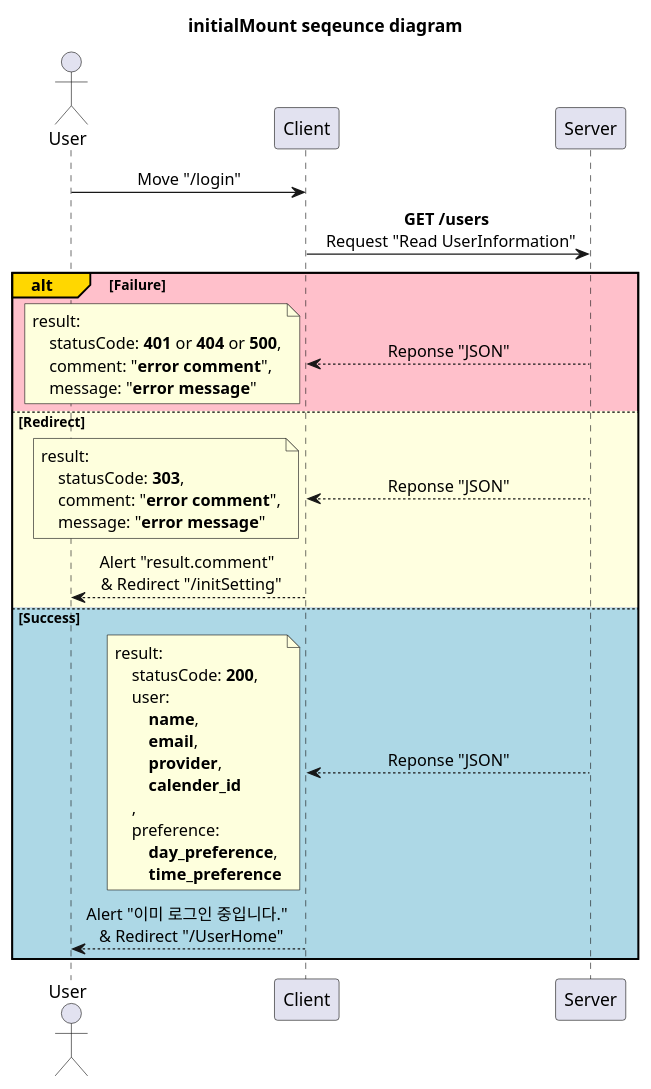
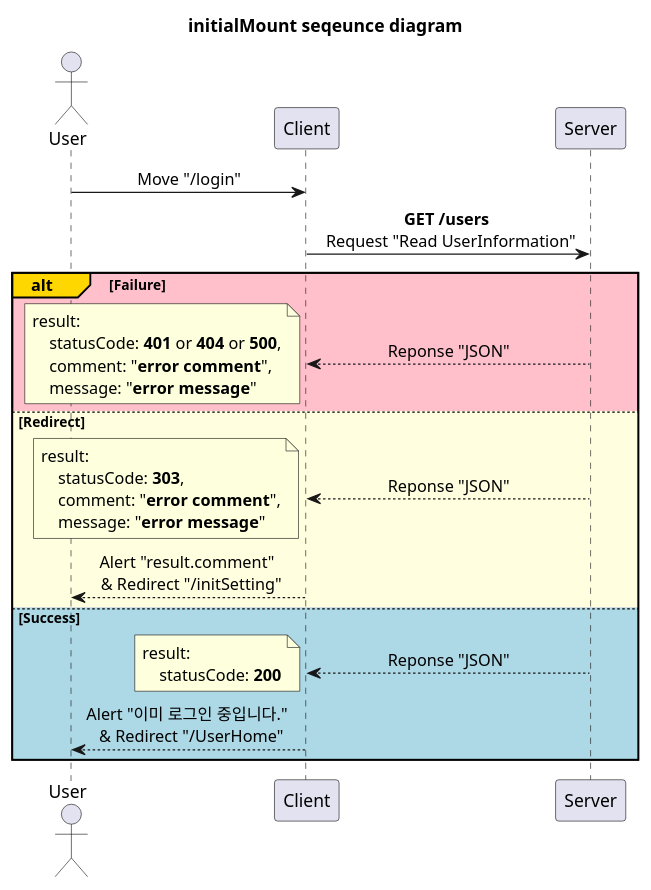
The diagram in diagram/login_page/initialMount.puml (devSeungBin/SSCS), drawn with PlantUML before and after one commit. The commit also changed 22 other files, not shown here.

```diff
--- a/diagram/login_page/initialMount.puml
+++ b/diagram/login_page/initialMount.puml
@@ -1,54 +1,45 @@
 @startuml initialMount
 'http://localhost:3000/login
 
 title initialMount seqeunce diagram
 
 skinparam SequenceMessageAlignment center
 
 participant Server order 30
 participant Client order 20
 actor User order 10
 
 User -> Client: Move "/login"
 
 Client -> Server: **GET /users** \n Request "Read UserInformation"
 
 alt#Gold #Pink Failure
     Client <-- Server: Reponse "JSON"
     note left
         result:
             statusCode: **401** or **404** or **500**,
             comment: "**error comment**",
             message: "**error message**"
     end note
 
 else #LightYellow Redirect
     Client <-- Server: Reponse "JSON"
     note left
         result:
             statusCode: **303**,
             comment: "**error comment**",
             message: "**error message**"
     end note
     User <-- Client: Alert "result.comment" \n & Redirect "/initSetting"
 
 else #LightBlue Success
     Client <-- Server: Reponse "JSON"
     note left
         result:
-            statusCode: **200**,
-            user:
-                **name**,
-                **email**,
-                **provider**,
-                **calender_id**
-            ,
-            preference:
-                **day_preference**,
-                **time_preference**
+            statusCode: **200**
     end note
     User <-- Client: Alert "이미 로그인 중입니다." \n & Redirect "/UserHome"
 
 end
 
 @enduml
```
